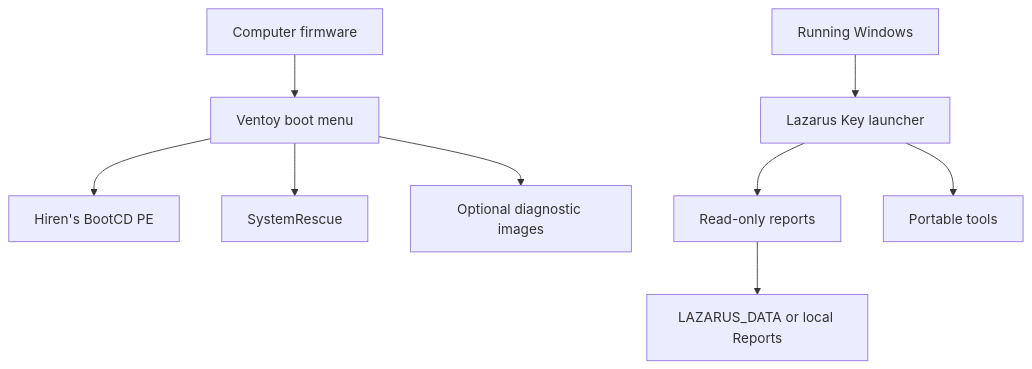
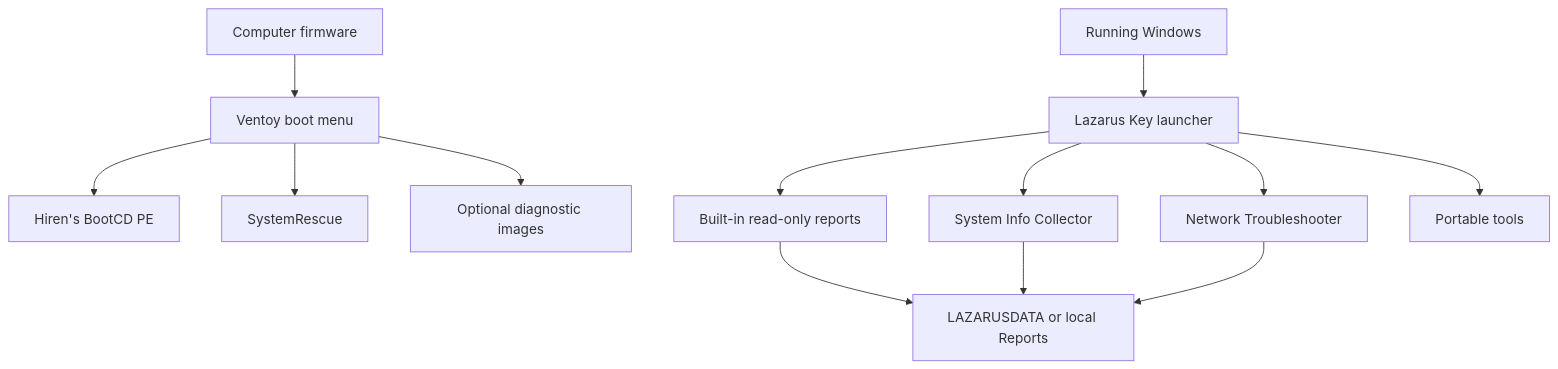
Before and after one commit to Pneumatocyst/lazarus-key: the diagram in docs/ARCHITECTURE.md, drawn with Mermaid. The commit also changed 20 other files, not shown here.

Commit message:
Release Lazarus Key v0.2.0 technician tools

````diff
--- a/docs/ARCHITECTURE.md
+++ b/docs/ARCHITECTURE.md
@@ -17,11 +17,15 @@
 ```mermaid
 flowchart TD
     A[Computer firmware] --> B[Ventoy boot menu]
     B --> C[Hiren's BootCD PE]
     B --> D[SystemRescue]
     B --> E[Optional diagnostic images]
     F[Running Windows] --> G[Lazarus Key launcher]
-    G --> H[Read-only reports]
-    G --> I[Portable tools]
-    H --> J[LAZARUS_DATA or local Reports]
+    G --> H[Built-in read-only reports]
+    G --> I[System Info Collector]
+    G --> J[Network Troubleshooter]
+    G --> K[Portable tools]
+    H --> L[LAZARUSDATA or local Reports]
+    I --> L
+    J --> L
 ```
````
